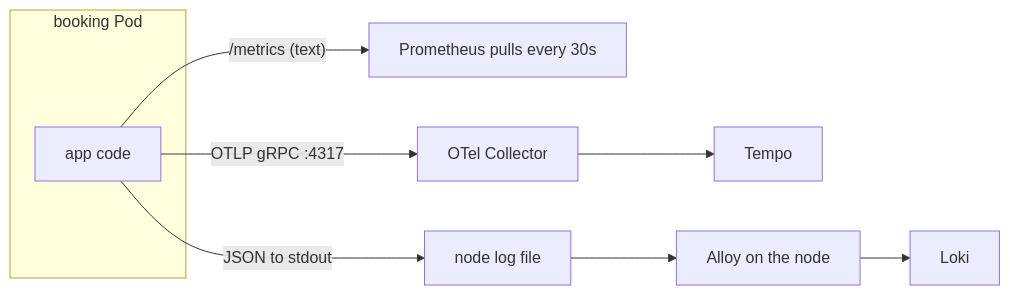
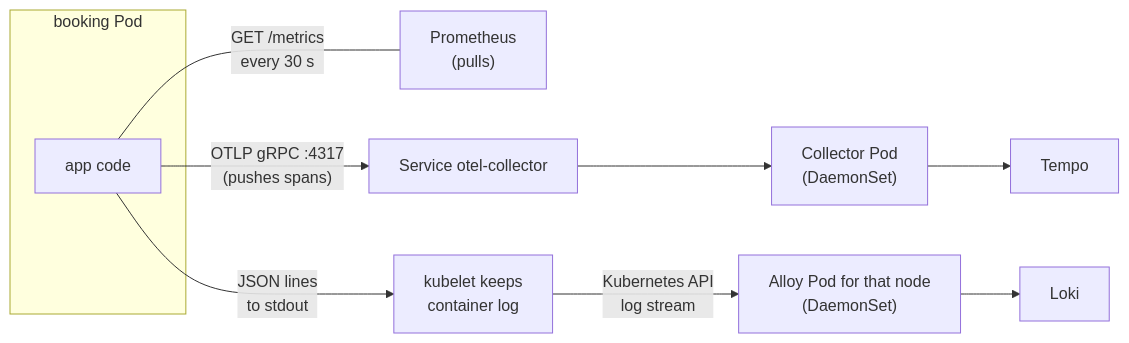
Before and after one commit to darshan-raul/apollo11-docs: the diagram in docs/learn/observability/instrumenting-services.md, drawn with Mermaid. The commit also changed other lines of this file and 8 other files, not shown here.

````diff
--- a/docs/learn/observability/instrumenting-services.md
+++ b/docs/learn/observability/instrumenting-services.md
@@ -26,9 +16,10 @@
 ```mermaid
 flowchart LR
-  subgraph Pod[booking Pod]
-    C[app code]
+  subgraph Pod["booking Pod"]
+    C["app code"]
   end
-  C -- "/metrics (text)" --> P[Prometheus pulls every 30s]
-  C -- "OTLP gRPC :4317" --> O[OTel Collector] --> T[Tempo]
-  C -- "JSON to stdout" --> N[node log file] --> A[Alloy on the node] --> L[Loki]
+  C -- "GET /metrics<br/>every 30 s" --- P["Prometheus<br/>(pulls)"]
+  C -- "OTLP gRPC :4317<br/>(pushes spans)" --> S["Service otel-collector"] --> O["Collector Pod<br/>(DaemonSet)"] --> T["Tempo"]
+  C -- "JSON lines<br/>to stdout" --> K["kubelet keeps<br/>container log"]
+  K -- "Kubernetes API<br/>log stream" --> A["Alloy Pod for that node<br/>(DaemonSet)"] --> L["Loki"]
 ```
````
